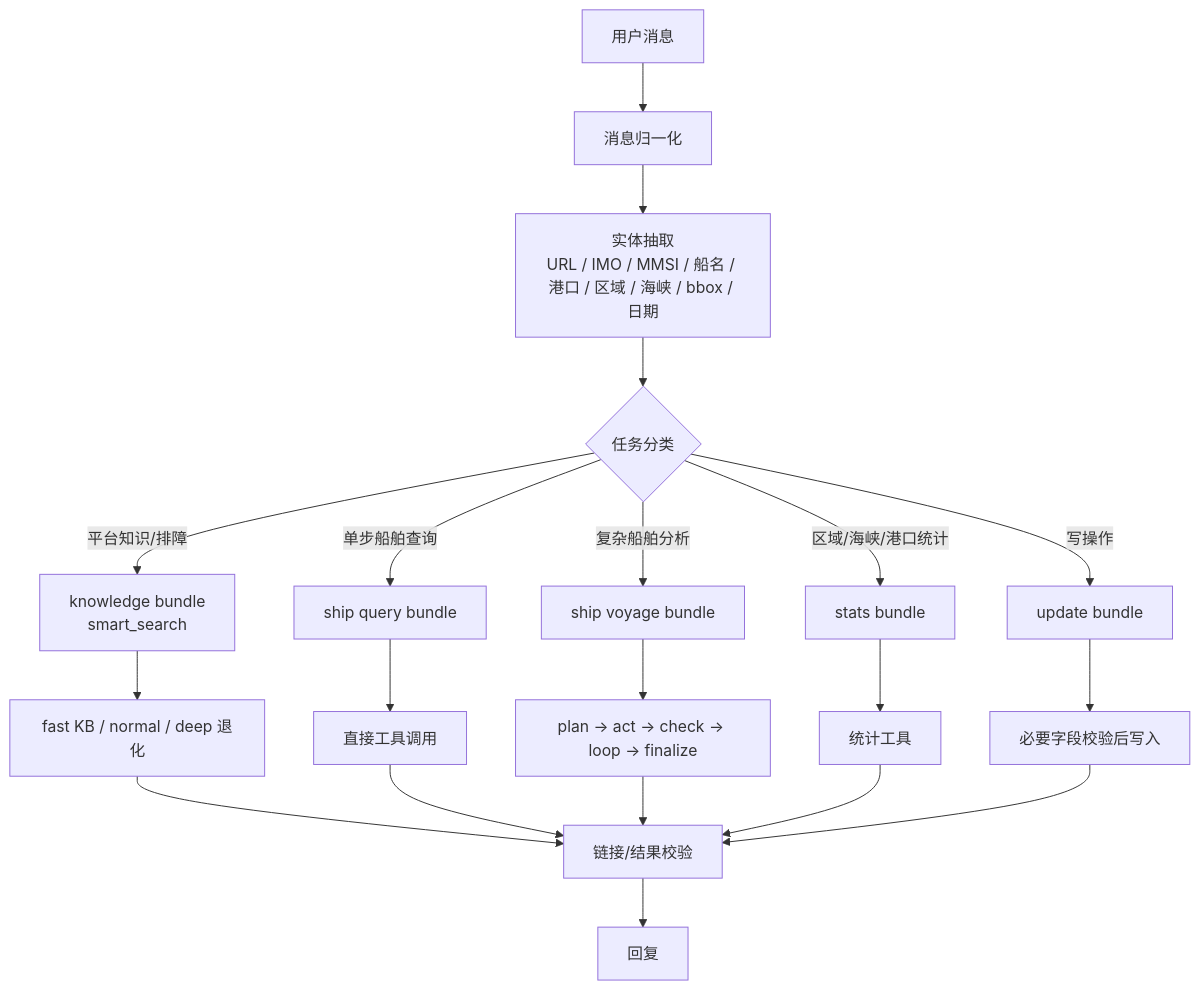
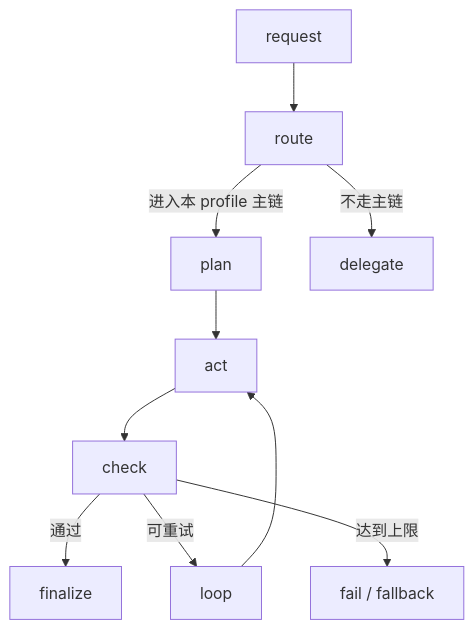
The second of 5 diagrams in docs/AGENT_TECHNICAL_DOCUMENTATION.md (lr12338/hifleet-agent), drawn with Mermaid before and after one commit. The commit also changed other lines of this file and 12 other files, not shown here.

Commit message:
Harden agent secrecy and simplify architecture docs

````diff
--- a/docs/AGENT_TECHNICAL_DOCUMENTATION.md
+++ b/docs/AGENT_TECHNICAL_DOCUMENTATION.md
@@ -68,22 +41,12 @@
 ```mermaid
 flowchart TD
-    Msg[用户消息] --> Clean[消息归一化]
-    Clean --> Entity[实体抽取<br/>URL / IMO / MMSI / 船名 / 港口 / 区域 / 海峡 / bbox / 日期]
-    Entity --> Classify{任务分类}
-    Classify -->|平台知识/排障| KB[knowledge bundle<br/>smart_search]
-    Classify -->|单步船舶查询| ShipQ[ship query bundle]
-    Classify -->|复杂船舶分析| ShipC[ship voyage bundle]
-    Classify -->|区域/海峡/港口统计| Stats[stats bundle]
-    Classify -->|写操作| Update[update bundle]
-    KB --> FastKB[fast KB / normal / deep 退化]
-    ShipQ --> Direct[直接工具调用]
-    ShipC --> Harness[plan -> act -> check -> loop -> finalize]
-    Stats --> StatTool[统计工具]
-    Update --> Guard[必要字段校验后写入]
-    FastKB --> Check[链接/结果校验]
-    Direct --> Check
-    Harness --> Check
-    StatTool --> Check
-    Guard --> Check
-    Check --> Answer[回复]
+    Start[request] --> Route[route]
+    Route -->|进入本 profile 主链| Plan[plan]
+    Route -->|不走主链| Delegate[delegate]
+    Plan --> Act[act]
+    Act --> Check[check]
+    Check -->|通过| Finalize[finalize]
+    Check -->|可重试| Loop[loop]
+    Check -->|达到上限| Fail[fail / fallback]
+    Loop --> Act
 ```
````
